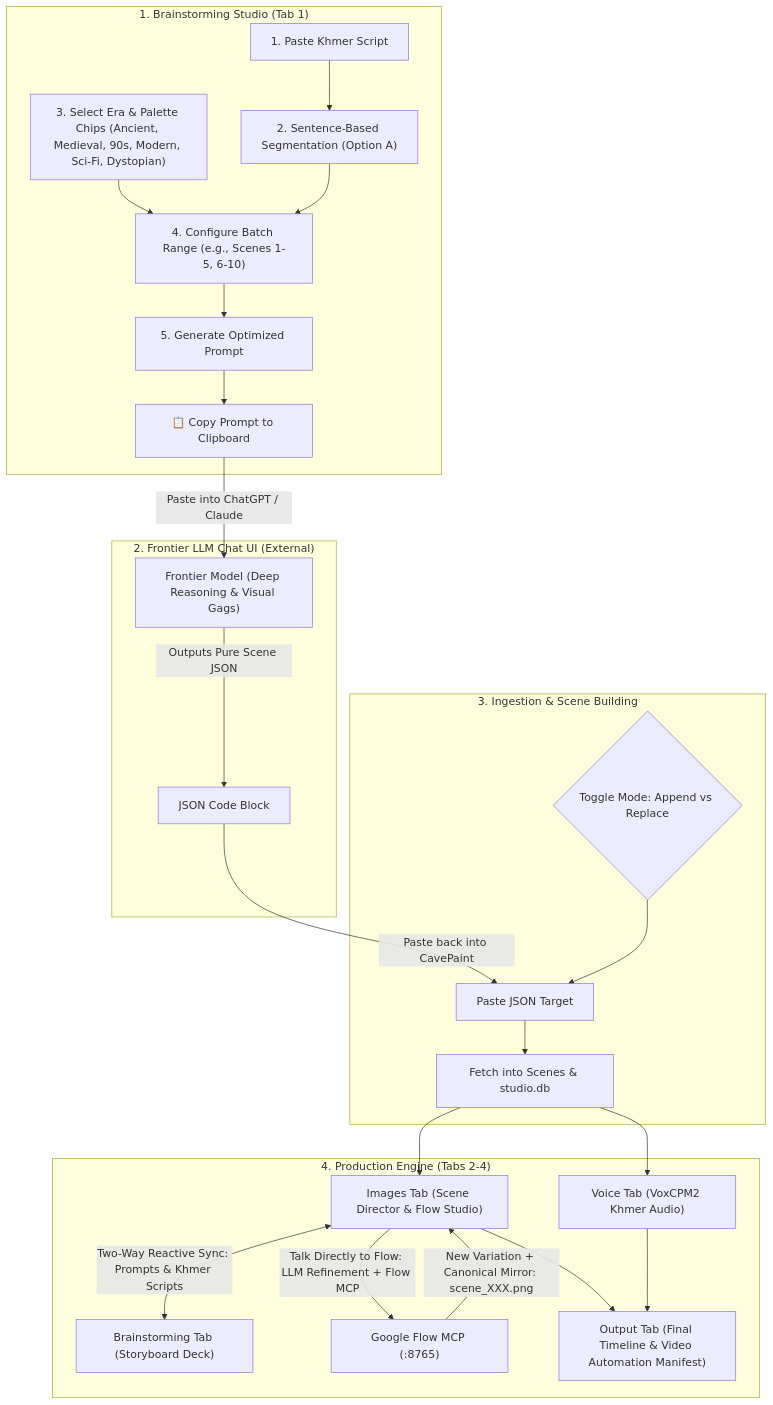
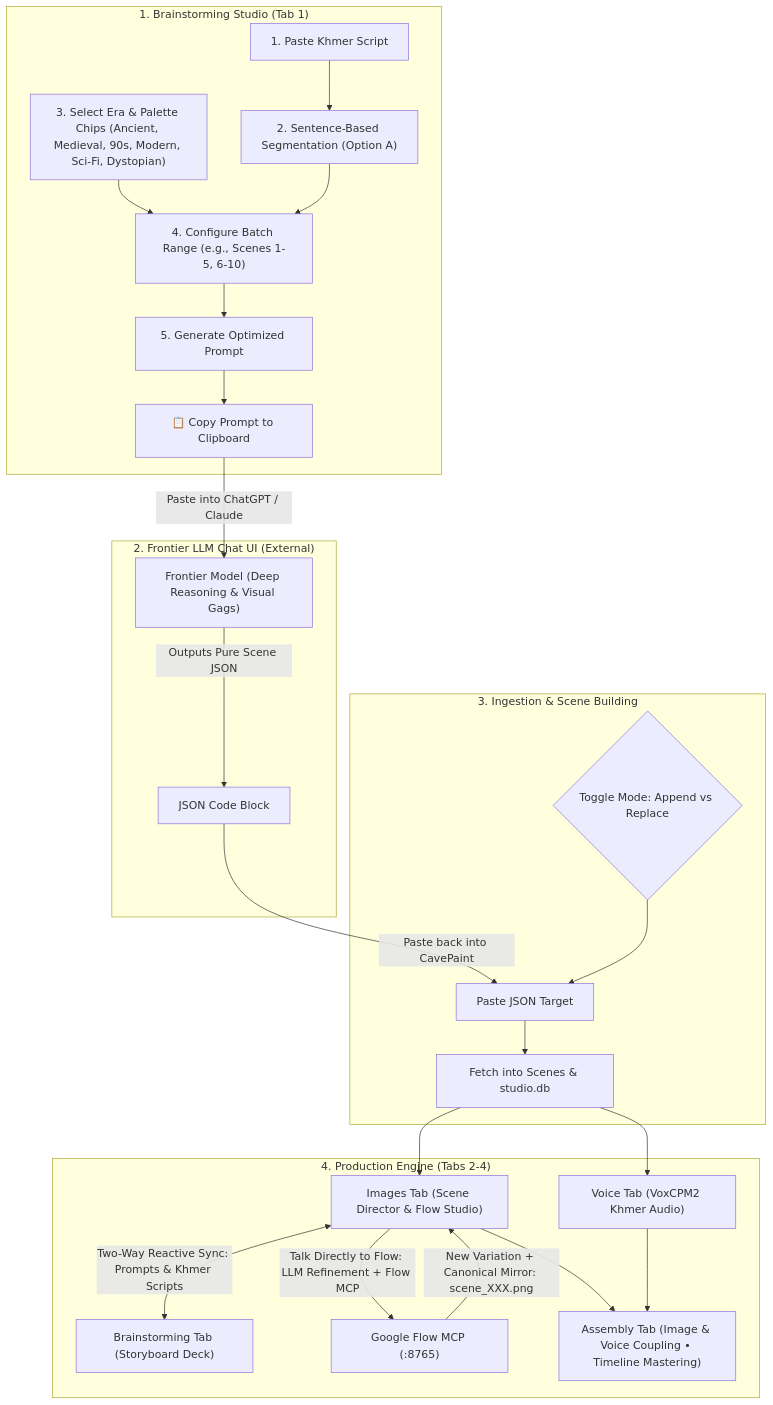
Before and after one commit to manet09/CavePaint: the first of 2 diagrams in overview.md, drawn with Mermaid. The commit also changed other lines of this file and 9 other files, not shown here.

````diff
--- a/overview.md
+++ b/overview.md
@@ -26,31 +26,31 @@
 ```mermaid
 flowchart TD
     subgraph CreatorFlow ["1. Brainstorming Studio (Tab 1)"]
         UserScript["1. Paste Khmer Script"] --> SentenceSegmentation["2. Sentence-Based Segmentation (Option A)"]
         ThemePicker["3. Select Era & Palette Chips (Ancient, Medieval, 90s, Modern, Sci-Fi, Dystopian)"] --> BatchSelector["4. Configure Batch Range (e.g., Scenes 1-5, 6-10)"]
         SentenceSegmentation --> BatchSelector
         BatchSelector --> PromptGenerator["5. Generate Optimized Prompt"]
         PromptGenerator --> CopyClipboard["📋 Copy Prompt to Clipboard"]
     end
 
     subgraph FrontierBridge ["2. Frontier LLM Chat UI (External)"]
         CopyClipboard -->|Paste into ChatGPT / Claude| FrontierLLM["Frontier Model (Deep Reasoning & Visual Gags)"]
         FrontierLLM -->|Outputs Pure Scene JSON| JSONResponse["JSON Code Block"]
     end
 
     subgraph IngestionFlow ["3. Ingestion & Scene Building"]
         JSONResponse -->|Paste back into CavePaint| JSONInput["Paste JSON Target"]
         ToggleMode{"Toggle Mode: Append vs Replace"} --> JSONInput
         JSONInput --> SceneBuilder["Fetch into Scenes & studio.db"]
     end
 
     subgraph ProductionPipeline ["4. Production Engine (Tabs 2-4)"]
         SceneBuilder --> ImagesTab["Images Tab (Scene Director & Flow Studio)"]
         SceneBuilder --> VoiceTab["Voice Tab (VoxCPM2 Khmer Audio)"]
         ImagesTab <-->|Two-Way Reactive Sync: Prompts & Khmer Scripts| BrainstormingStudio["Brainstorming Tab (Storyboard Deck)"]
         ImagesTab -->|Talk Directly to Flow: LLM Refinement + Flow MCP| FlowRender["Google Flow MCP (:8765)"]
         FlowRender -->|New Variation + Canonical Mirror: scene_XXX.png| ImagesTab
-        ImagesTab --> OutputTab["Output Tab (Final Timeline & Video Automation Manifest)"]
-        VoiceTab --> OutputTab
+        ImagesTab --> AssemblyTab["Assembly Tab (Image & Voice Coupling • Timeline Mastering)"]
+        VoiceTab --> AssemblyTab
     end
 ```
````
